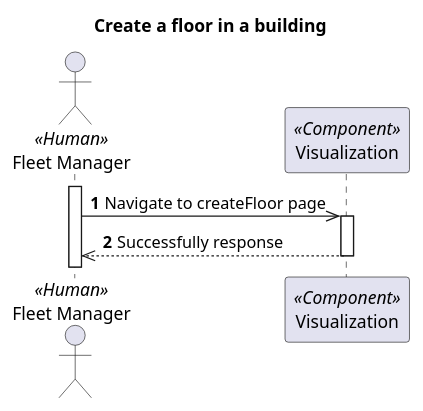
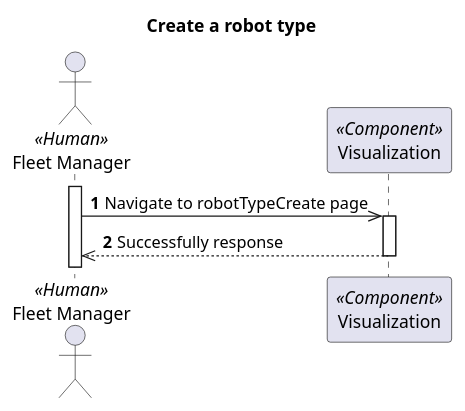
The diagram in docs/VistaProcesso/US350(1000)/Visualization/ProcessView_Level2_US350.puml (1210910/lapr5), drawn with PlantUML before and after one commit. The commit also changed 4 other files, not shown here.

```diff
--- a/docs/VistaProcesso/US350(1000)/Visualization/ProcessView_Level2_US350.puml
+++ b/docs/VistaProcesso/US350(1000)/Visualization/ProcessView_Level2_US350.puml
@@ -1,21 +1,21 @@
 @startuml
 'https://plantuml.com/sequence-diagram
 
 autonumber
 skinparam packageStyle rect
 
-title Create a floor in a building
+title Create a robot type
 
 actor "Fleet Manager" as FM <<Human>>
 participant "Visualization" as MD <<Component>>
 
 activate FM
-FM->> MD : Navigate to createFloor page
+FM->> MD : Navigate to robotTypeCreate page
 
 activate MD
 FM<<--MD : Successfully response
 
 deactivate MD
 
 
 @enduml
```
